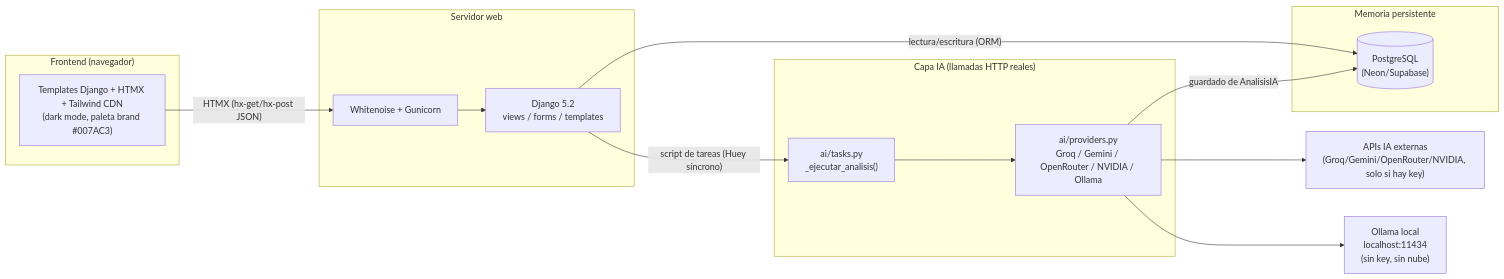
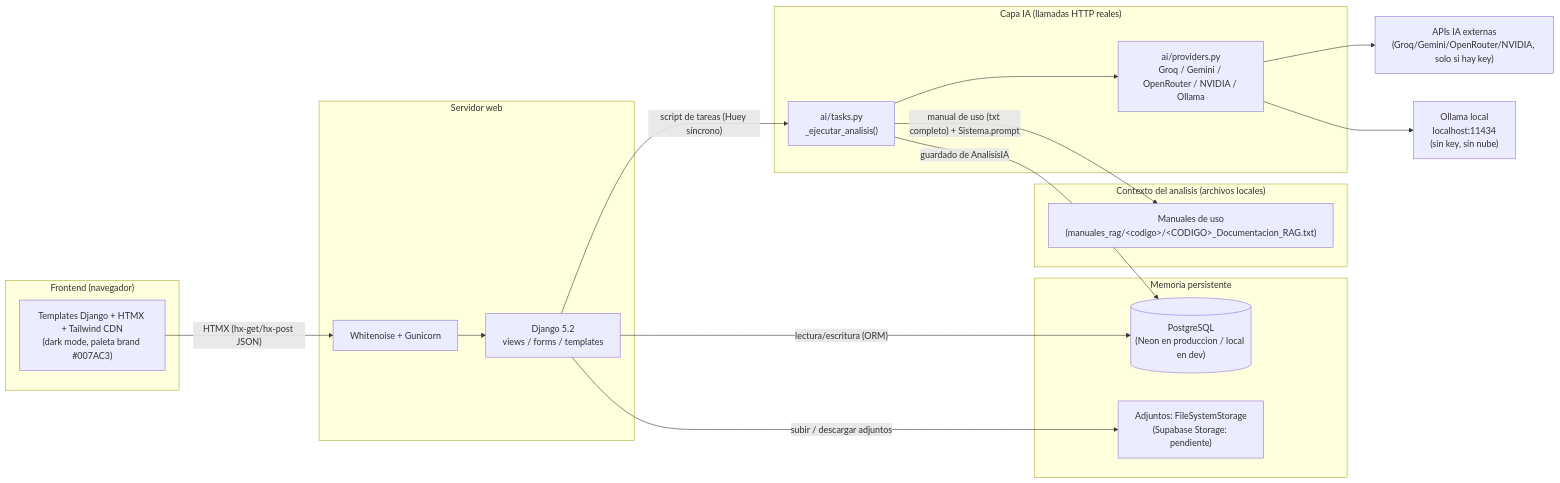
The diagram in ENTREGA/diagramas/arquitectura.mmd (patosimple/Incidencias), drawn with Mermaid before and after one commit. The commit also changed 17 other files, not shown here.

```diff
--- a/ENTREGA/diagramas/arquitectura.mmd
+++ b/ENTREGA/diagramas/arquitectura.mmd
@@ -1,27 +1,34 @@
 flowchart LR
     subgraph Cliente["Frontend (navegador)"]
         A["Templates Django + HTMX + Tailwind CDN<br/>(dark mode, paleta brand #007AC3)"]
     end
 
     subgraph Servidor["Servidor web"]
         C["Whitenoise + Gunicorn"]
         D["Django 5.2<br/>views / forms / templates"]
     end
 
     subgraph IA["Capa IA (llamadas HTTP reales)"]
         E["ai/providers.py<br/>Groq / Gemini / OpenRouter / NVIDIA / Ollama"]
         F["ai/tasks.py<br/>_ejecutar_analisis()"]
     end
 
+    subgraph Contexto["Contexto del analisis (archivos locales)"]
+        M["Manuales de uso<br/>(manuales_rag/&lt;codigo&gt;/&lt;CODIGO&gt;_Documentacion_RAG.txt)"]
+    end
+
     subgraph Persistencia["Memoria persistente"]
-        G[("PostgreSQL<br/>(Neon/Supabase)")]
+        G[("PostgreSQL<br/>(Neon en produccion / local en dev)")]
+        S["Adjuntos: FileSystemStorage<br/>(Supabase Storage: pendiente)"]
     end
 
     A -- "HTMX (hx-get/hx-post JSON)" --> C
     C --> D
     D -- "script de tareas (Huey síncrono)" --> F
     F --> E
+    F -- "manual de uso (txt completo) + Sistema.prompt" --> M
     E --> H["APIs IA externas<br/>(Groq/Gemini/OpenRouter/NVIDIA, <br/>solo si hay key)"]
     E --> I["Ollama local<br/>localhost:11434<br/>(sin key, sin nube)"]
     D -- "lectura/escritura (ORM)" --> G
-    E -- "guardado de AnalisisIA" --> G
+    D -- "subir / descargar adjuntos" --> S
+    F -- "guardado de AnalisisIA" --> G
```
